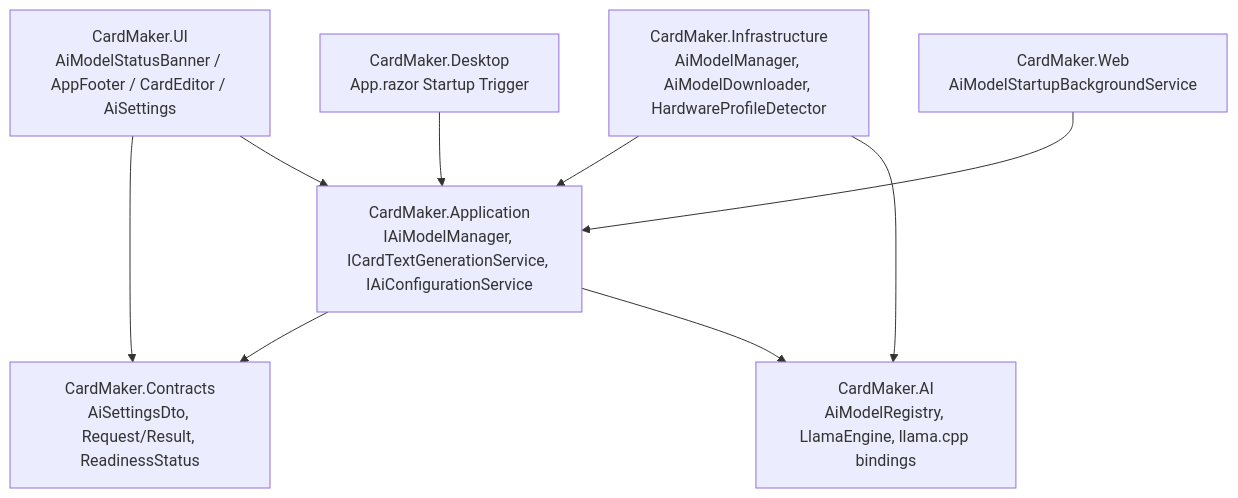
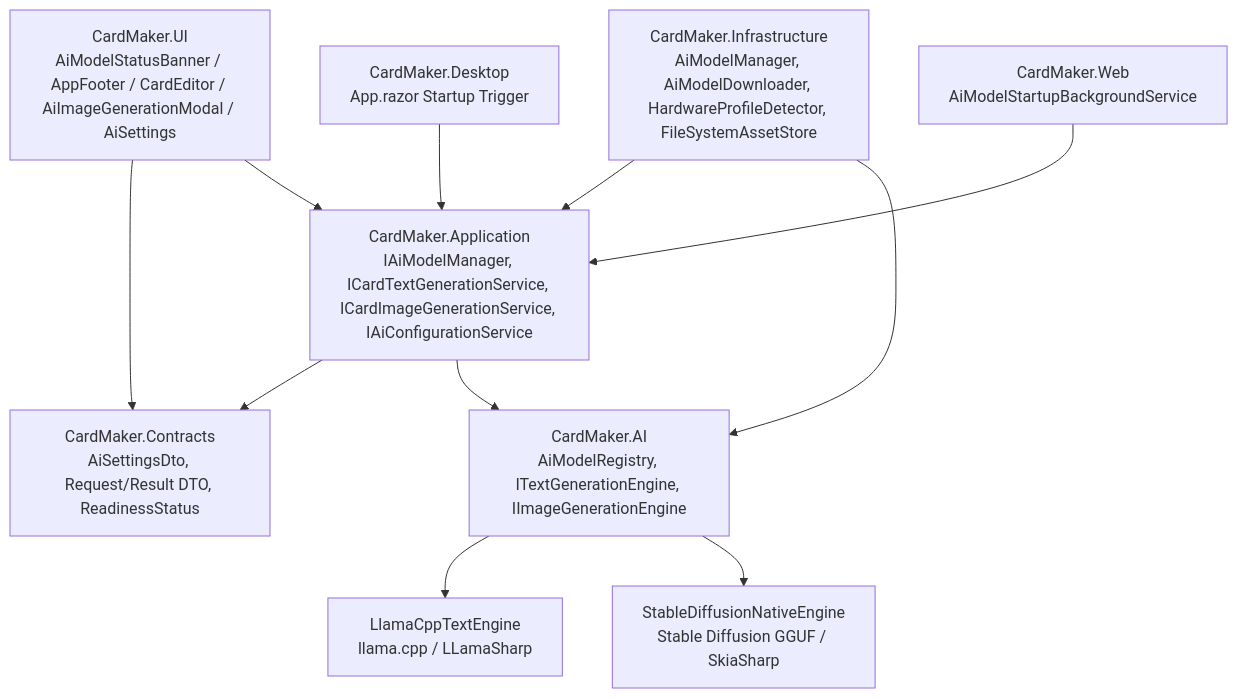
The first of 2 diagrams in docs/01-architecture/ai-engine.md (zmalrobot/CardMaker), drawn with Mermaid before and after one commit. The commit also changed other lines of this file and 7 other files, not shown here.

````diff
--- a/docs/01-architecture/ai-engine.md
+++ b/docs/01-architecture/ai-engine.md
@@ -21,11 +22,13 @@
 ```mermaid
 graph TD
-    UI[CardMaker.UI<br/>AiModelStatusBanner / AppFooter / CardEditor / AiSettings] --> CONTR[CardMaker.Contracts<br/>AiSettingsDto, Request/Result, ReadinessStatus]
-    UI --> APP[CardMaker.Application<br/>IAiModelManager, ICardTextGenerationService, IAiConfigurationService]
+    UI[CardMaker.UI<br/>AiModelStatusBanner / AppFooter / CardEditor / AiImageGenerationModal / AiSettings] --> CONTR[CardMaker.Contracts<br/>AiSettingsDto, Request/Result DTO, ReadinessStatus]
+    UI --> APP[CardMaker.Application<br/>IAiModelManager, ICardTextGenerationService, ICardImageGenerationService, IAiConfigurationService]
     APP --> CONTR
-    APP --> AI[CardMaker.AI<br/>AiModelRegistry, LlamaEngine, llama.cpp bindings]
-    INFRA[CardMaker.Infrastructure<br/>AiModelManager, AiModelDownloader, HardwareProfileDetector] --> APP
+    APP --> AI[CardMaker.AI<br/>AiModelRegistry, ITextGenerationEngine, IImageGenerationEngine]
+    AI --> LLAMA[LlamaCppTextEngine<br/>llama.cpp / LLamaSharp]
+    AI --> SD[StableDiffusionNativeEngine<br/>Stable Diffusion GGUF / SkiaSharp]
+    INFRA[CardMaker.Infrastructure<br/>AiModelManager, AiModelDownloader, HardwareProfileDetector, FileSystemAssetStore] --> APP
     INFRA --> AI
     HOST_D[CardMaker.Desktop<br/>App.razor Startup Trigger] --> APP
     HOST_W[CardMaker.Web<br/>AiModelStartupBackgroundService] --> APP
 ```
````
